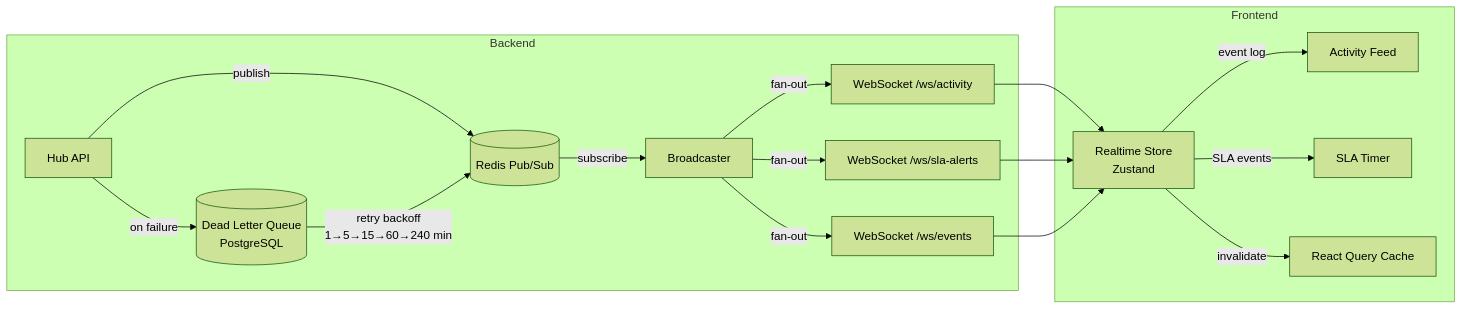
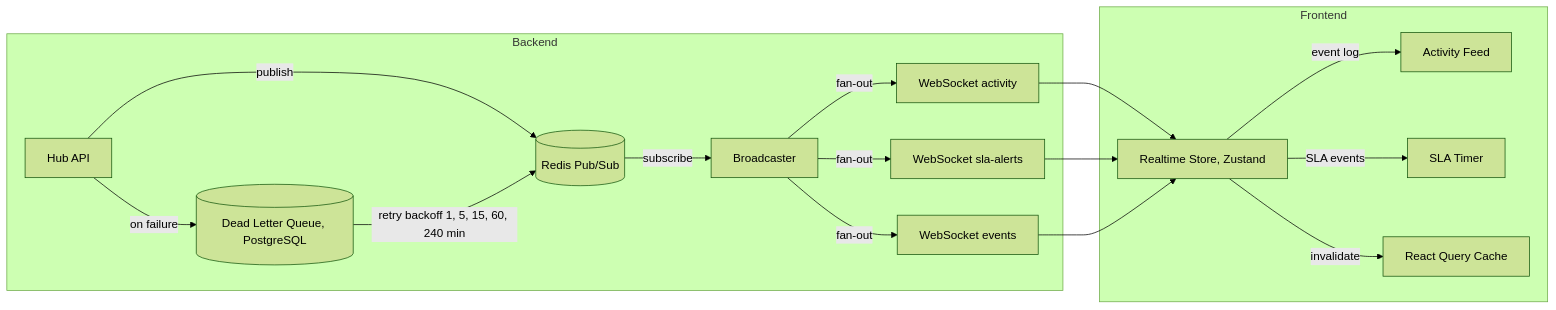
Before and after one commit to sanjayrkshetty/presales-hub: the first of 4 diagrams in docs/architecture/data-flow.md, drawn with Mermaid (forest theme). The commit also changed other lines of this file and 2 other files, not shown here.

Commit message:
fix(docs): make architecture Mermaid GitHub-safe
EOF

````diff
--- a/docs/architecture/data-flow.md
+++ b/docs/architecture/data-flow.md
@@ -5,21 +5,21 @@
 ```mermaid
 flowchart LR
     subgraph Backend
-        API[Hub API] -->|publish| RD[(Redis Pub/Sub)]
-        API -->|on failure| DLQ[(Dead Letter Queue<br/>PostgreSQL)]
-        DLQ -->|retry backoff<br/>1→5→15→60→240 min| RD
+        API[Hub API] -->|publish| RD[("Redis Pub/Sub")]
+        API -->|on failure| DLQ[("Dead Letter Queue, PostgreSQL")]
+        DLQ -->|retry backoff 1, 5, 15, 60, 240 min| RD
         RD -->|subscribe| BR[Broadcaster]
-        BR -->|fan-out| WS1[WebSocket /ws/activity]
-        BR -->|fan-out| WS2[WebSocket /ws/sla-alerts]
-        BR -->|fan-out| WS3[WebSocket /ws/events]
+        BR -->|fan-out| WS1["WebSocket activity"]
+        BR -->|fan-out| WS2["WebSocket sla-alerts"]
+        BR -->|fan-out| WS3["WebSocket events"]
     end
 
     subgraph Frontend
-        WS1 --> RST[Realtime Store<br/>Zustand]
+        WS1 --> RST["Realtime Store, Zustand"]
         WS2 --> RST
         WS3 --> RST
         RST -->|event log| AF[Activity Feed]
         RST -->|SLA events| SLA[SLA Timer]
         RST -->|invalidate| RQ[React Query Cache]
     end
 ```
````
